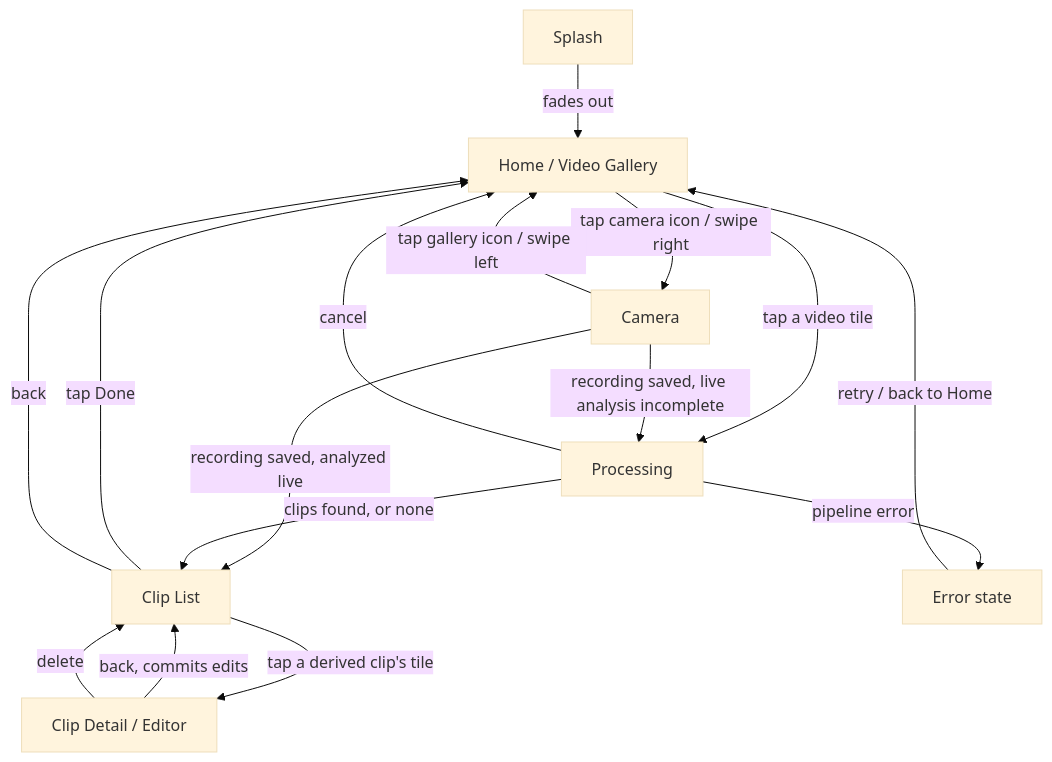
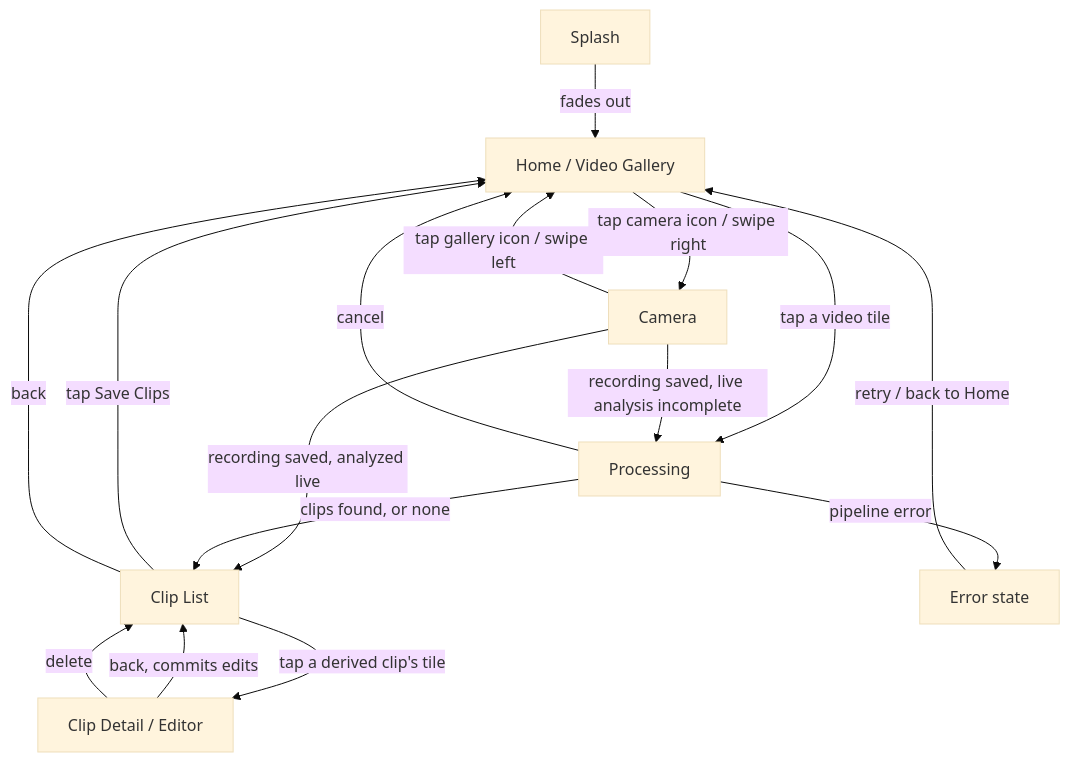
Before and after one commit to Museoie/turnip-ios: the diagram in docs/UIUX.md, drawn with Mermaid (base theme). The commit also changed other lines of this file and 25 other files, not shown here.

````diff
--- a/docs/UIUX.md
+++ b/docs/UIUX.md
@@ -113,18 +113,18 @@
 ```mermaid
 flowchart TD
     S[Splash] -->|fades out| A
     A[Home / Video Gallery] -->|tap a video tile| B[Processing]
     A -->|tap camera icon / swipe right| G[Camera]
     G -->|tap gallery icon / swipe left| A
     G -->|recording saved, analyzed live| C
     G -->|recording saved, live analysis incomplete| B
     B -->|clips found, or none| C[Clip List]
     B -->|pipeline error| E2[Error state]
     B -->|cancel| A
     E2 -->|retry / back to Home| A
     C -->|tap a derived clip's tile| D[Clip Detail / Editor]
     D -->|back, commits edits| C
     D -->|delete| C
-    C -->|tap Done| A
+    C -->|tap Save Clips| A
     C -->|back| A
 ```
````
